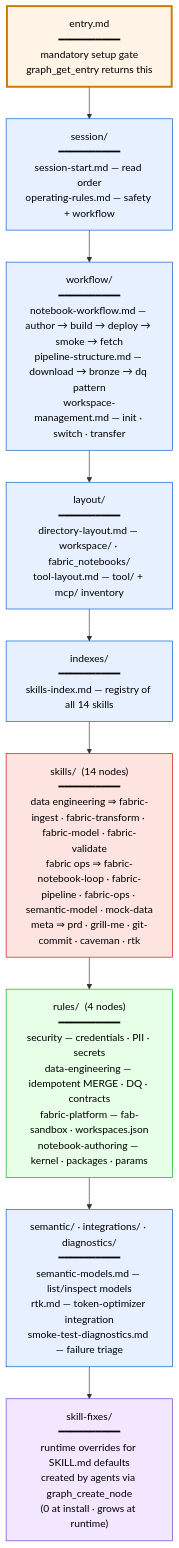
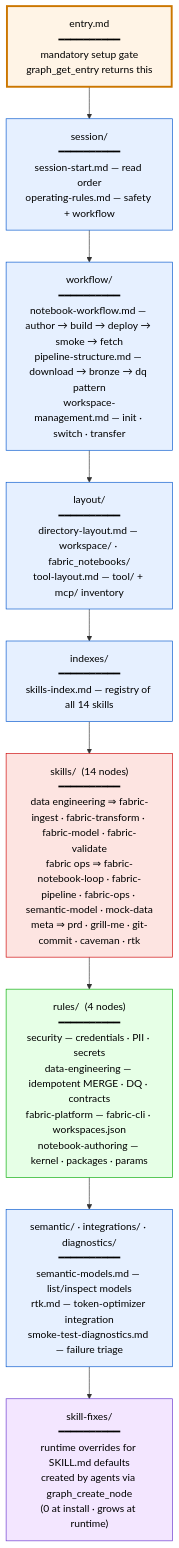
The first of 2 diagrams in docs/knowledge-graph.md (scardoso-lu/fabric-skills-settings), drawn with Mermaid before and after one commit. The commit also changed other lines of this file and 77 other files, not shown here.

````diff
--- a/docs/knowledge-graph.md
+++ b/docs/knowledge-graph.md
@@ -5,34 +5,34 @@
 ```mermaid
 flowchart TD
     classDef entry fill:#fff4e6,stroke:#cc7700,stroke-width:3px,color:#000
     classDef cat fill:#e6f0ff,stroke:#0055cc,color:#000
     classDef rule fill:#e6ffe6,stroke:#00aa00,color:#000
     classDef skill fill:#fde4e1,stroke:#cc0000,color:#000
     classDef fix fill:#f3e6ff,stroke:#6633cc,color:#000
 
     ENTRY["entry.md<br/>━━━━━━━━━━<br/>mandatory setup gate<br/>graph_get_entry returns this"]:::entry
     ENTRY --> SESSION
 
     SESSION["session/<br/>━━━━━━━━━━<br/>session-start.md — read order<br/>operating-rules.md — safety + workflow"]:::cat
     SESSION --> WORKFLOW
 
     WORKFLOW["workflow/<br/>━━━━━━━━━━<br/>notebook-workflow.md — author → build → deploy → smoke → fetch<br/>pipeline-structure.md — download → bronze → dq pattern<br/>workspace-management.md — init · switch · transfer"]:::cat
     WORKFLOW --> LAYOUT
 
     LAYOUT["layout/<br/>━━━━━━━━━━<br/>directory-layout.md — workspace/ · fabric_notebooks/<br/>tool-layout.md — tool/ + mcp/ inventory"]:::cat
     LAYOUT --> INDEXES
 
     INDEXES["indexes/<br/>━━━━━━━━━━<br/>skills-index.md — registry of all 14 skills"]:::cat
     INDEXES --> SKILLS
 
     SKILLS["skills/  (14 nodes)<br/>━━━━━━━━━━<br/>data engineering ⇒ fabric-ingest · fabric-transform · fabric-model · fabric-validate<br/>fabric ops ⇒ fabric-notebook-loop · fabric-pipeline · fabric-ops · semantic-model · mock-data<br/>meta ⇒ prd · grill-me · git-commit · caveman · rtk"]:::skill
     SKILLS --> RULES
 
-    RULES["rules/  (4 nodes)<br/>━━━━━━━━━━<br/>security — credentials · PII · secrets<br/>data-engineering — idempotent MERGE · DQ · contracts<br/>fabric-platform — fab-sandbox · workspaces.json<br/>notebook-authoring — kernel · packages · params"]:::rule
+    RULES["rules/  (4 nodes)<br/>━━━━━━━━━━<br/>security — credentials · PII · secrets<br/>data-engineering — idempotent MERGE · DQ · contracts<br/>fabric-platform — fabric-cli · workspaces.json<br/>notebook-authoring — kernel · packages · params"]:::rule
     RULES --> EXTRA
 
     EXTRA["semantic/ · integrations/ · diagnostics/<br/>━━━━━━━━━━<br/>semantic-models.md — list/inspect models<br/>rtk.md — token-optimizer integration<br/>smoke-test-diagnostics.md — failure triage"]:::cat
     EXTRA --> FIX
 
     FIX["skill-fixes/<br/>━━━━━━━━━━<br/>runtime overrides for SKILL.md defaults<br/>created by agents via graph_create_node<br/>(0 at install · grows at runtime)"]:::fix
 ```
````
